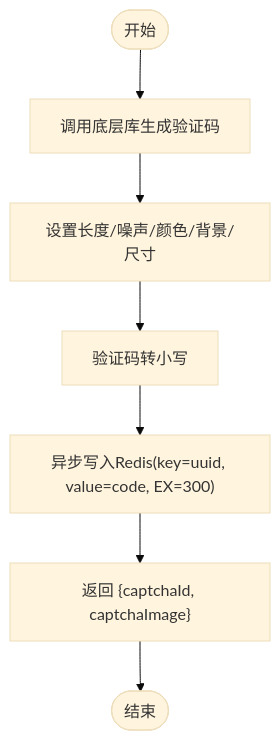
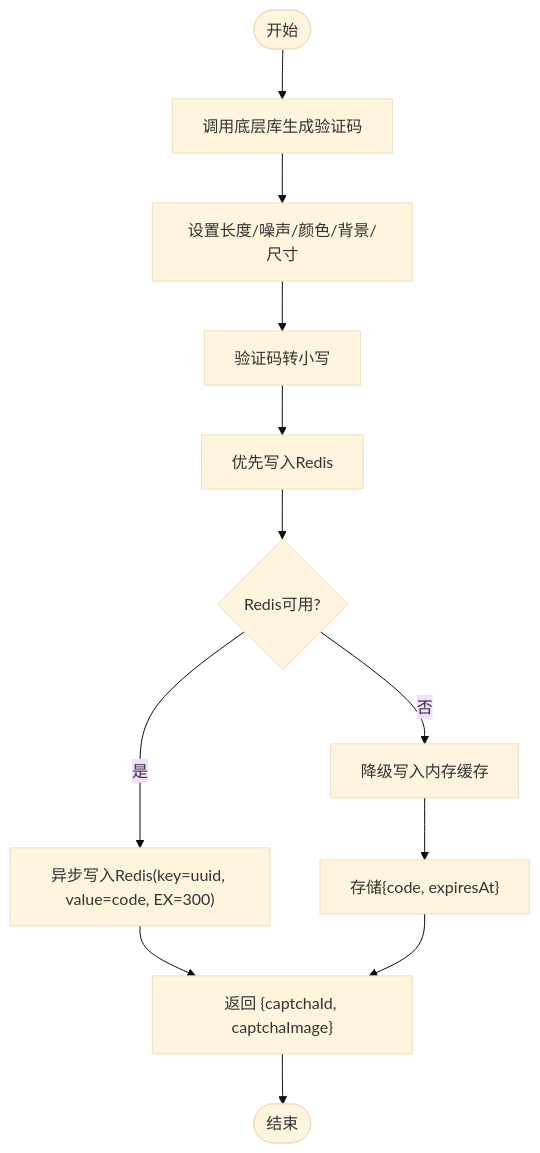
One commit to translateServers/nodes-stack changed the third of 8 diagrams in .qoder/repowiki/zh/content/后端系统/认证授权系统/验证码系统.md. Above: the diagram before and after it, drawn with Mermaid (base theme). The commit also changed other lines of this file and 8 other files, not shown here.

````diff
--- a/.qoder/repowiki/zh/content/后端系统/认证授权系统/验证码系统.md
+++ b/.qoder/repowiki/zh/content/后端系统/认证授权系统/验证码系统.md
@@ -129,9 +154,14 @@
 ```mermaid
 flowchart TD
 Start(["开始"]) --> Gen["调用底层库生成验证码"]
 Gen --> SetSize["设置长度/噪声/颜色/背景/尺寸"]
 SetSize --> Lower["验证码转小写"]
-Lower --> Store["异步写入Redis(key=uuid, value=code, EX=300)"]
-Store --> Return["返回 {captchaId, captchaImage}"]
+Lower --> Store["优先写入Redis"]
+Store --> RedisCheck{"Redis可用?"}
+RedisCheck -- 是 --> RedisWrite["异步写入Redis(key=uuid, value=code, EX=300)"]
+RedisCheck -- 否 --> MemoryWrite["降级写入内存缓存"]
+MemoryWrite --> MemStore["存储{code, expiresAt}"]
+RedisWrite --> Return["返回 {captchaId, captchaImage}"]
+MemStore --> Return
 Return --> End(["结束"])
 ```
````
